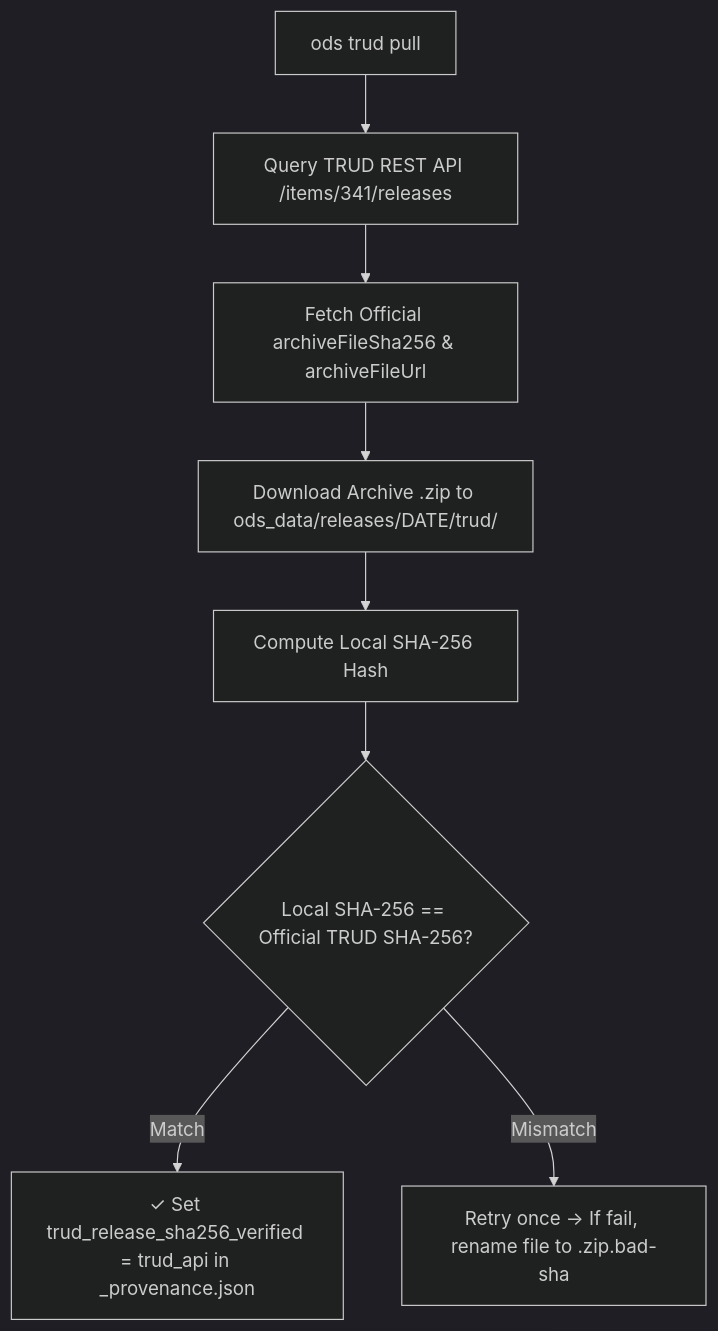
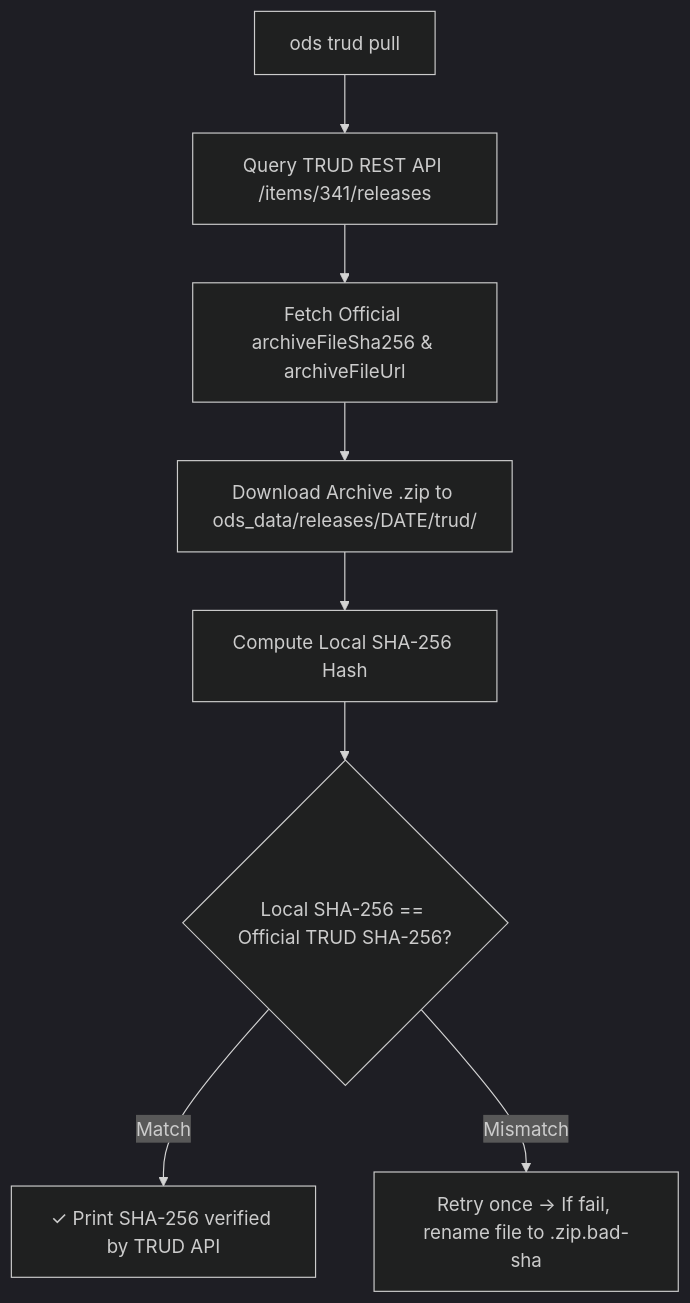
Before and after one commit to olizilla/ods: the diagram in docs/provenance.md, drawn with Mermaid (dark theme). The commit also changed other lines of this file and 44 other files, not shown here.

````diff
--- a/docs/provenance.md
+++ b/docs/provenance.md
@@ -57,10 +51,10 @@
 ```mermaid
 flowchart TD
     A[ods trud pull] --> B[Query TRUD REST API /items/341/releases]
     B --> C[Fetch Official archiveFileSha256 & archiveFileUrl]
     C --> D[Download Archive .zip to ods_data/releases/DATE/trud/]
     D --> E[Compute Local SHA-256 Hash]
     E --> F{Local SHA-256 == Official TRUD SHA-256?}
-    F -- Match --> G[✓ Set trud_release_sha256_verified = trud_api in _provenance.json]
+    F -- Match --> G[✓ Print SHA-256 verified by TRUD API]
     F -- Mismatch --> H[Retry once -> If fail, rename file to .zip.bad-sha]
 ```
````
